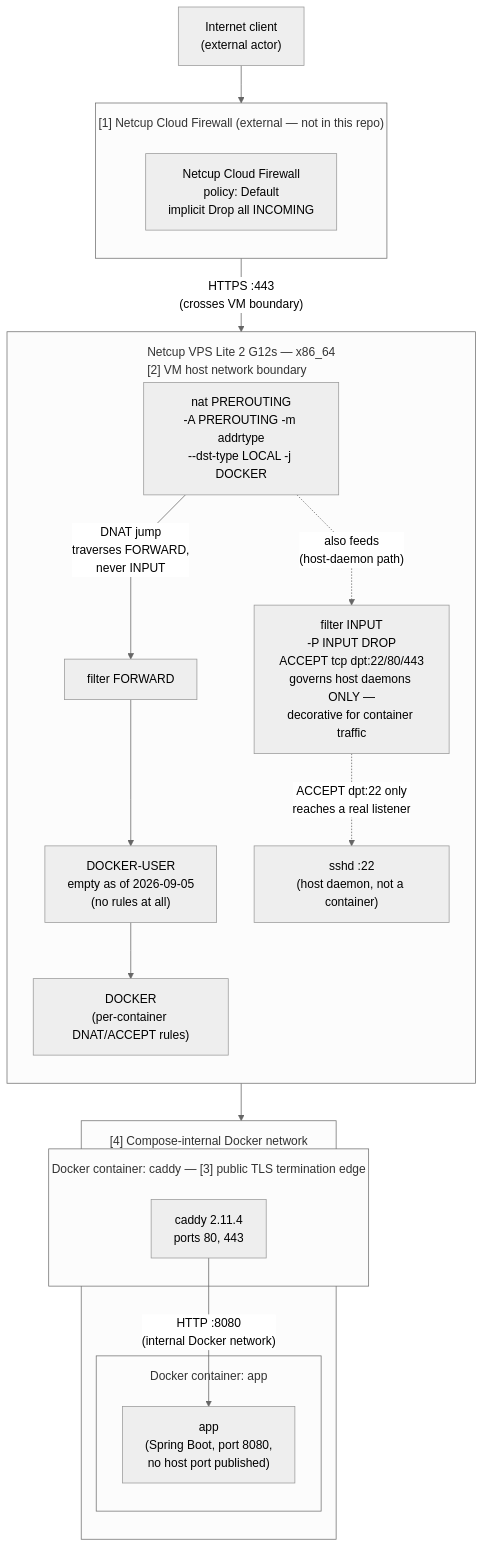
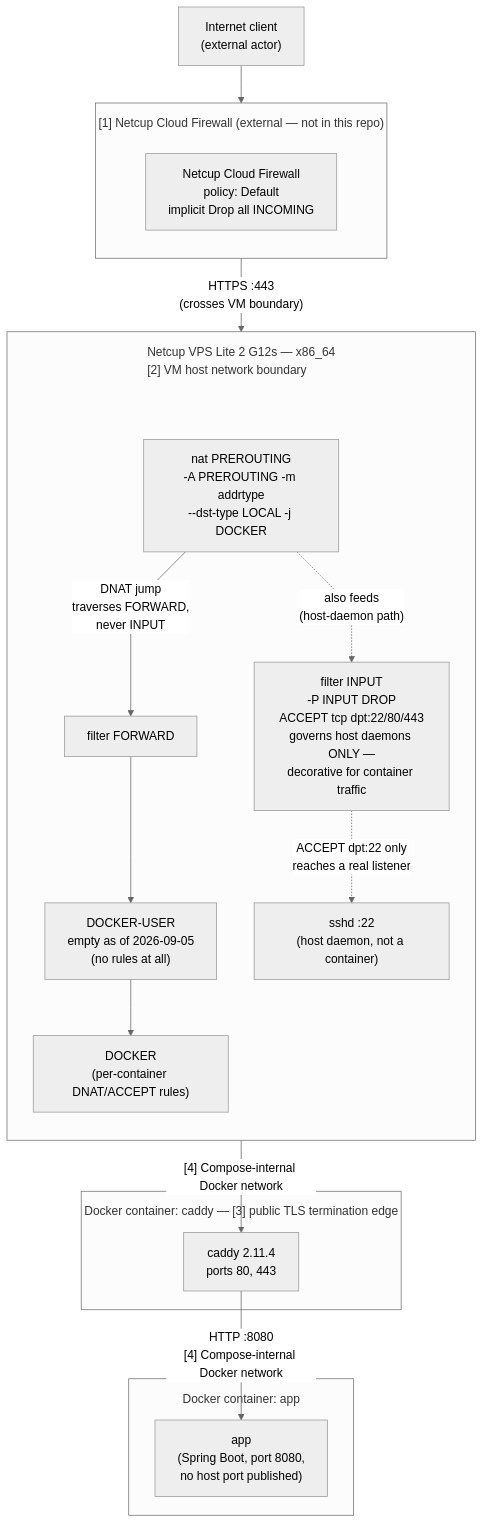
One commit to RudVlad473/kanban-board-backend changed the diagram in docs/diagrams/infra-packet-path-scenario.mmd. Above: the diagram before and after it, drawn with Mermaid (neutral theme). The commit also changed 3 other files, not shown here.

```diff
--- a/docs/diagrams/infra-packet-path-scenario.mmd
+++ b/docs/diagrams/infra-packet-path-scenario.mmd
@@ -1,41 +1,42 @@
 %%{init: {"flowchart": {"subGraphTitleMargin": {"top": 15, "bottom": 15}, "curve": "linear"}}}%%
 flowchart TB
     client["Internet client<br/>(external actor)"]
 
     subgraph netcup_edge["[1] Netcup Cloud Firewall (external — not in this repo)"]
         direction TB
         netcup_fw["Netcup Cloud Firewall<br/>policy: Default<br/>implicit Drop all INCOMING"]
     end
 
     subgraph vm["Netcup VPS Lite 2 G12s — x86_64<br/>[2] VM host network boundary"]
         direction TB
 
+        vm_spacer[" "]
+        style vm_spacer height:1px,fill:none,stroke:none
+
         prerouting["nat PREROUTING<br/>-A PREROUTING -m addrtype<br/>--dst-type LOCAL -j DOCKER"]
+        vm_spacer ~~~ prerouting
         forward["filter FORWARD"]
         docker_user["DOCKER-USER<br/>empty as of 2026-09-05<br/>(no rules at all)"]
         docker_chain["DOCKER<br/>(per-container DNAT/ACCEPT rules)"]
 
         input["filter INPUT<br/>-P INPUT DROP<br/>ACCEPT tcp dpt:22/80/443<br/>governs host daemons ONLY —<br/>decorative for container traffic"]
         sshd["sshd :22<br/>(host daemon, not a container)"]
 
         prerouting -- "DNAT jump<br/>traverses FORWARD,<br/>never INPUT" --> forward
         forward --> docker_user
         docker_user --> docker_chain
         prerouting -. "also feeds<br/>(host-daemon path)" .-> input
         input -. "ACCEPT dpt:22 only<br/>reaches a real listener" .-> sshd
     end
 
-    subgraph compose["[4] Compose-internal Docker network"]
-        direction TB
-        subgraph caddy_box["Docker container: caddy — [3] public TLS termination edge"]
-            caddy["caddy 2.11.4<br/>ports 80, 443"]
-        end
-        subgraph app_box["Docker container: app"]
-            app["app<br/>(Spring Boot, port 8080,<br/>no host port published)"]
-        end
+    subgraph caddy_box["Docker container: caddy — [3] public TLS termination edge"]
+        caddy["caddy 2.11.4<br/>ports 80, 443"]
+    end
+    subgraph app_box["Docker container: app"]
+        app["app<br/>(Spring Boot, port 8080,<br/>no host port published)"]
     end
 
     client --> netcup_fw
     netcup_fw -- "HTTPS :443<br/>(crosses VM boundary)" --> prerouting
-    docker_chain --> caddy
-    caddy -- "HTTP :8080<br/>(internal Docker network)" --> app
+    docker_chain -- "[4] Compose-internal Docker network" --> caddy
+    caddy -- "HTTP :8080<br/>[4] Compose-internal Docker network" --> app
```
